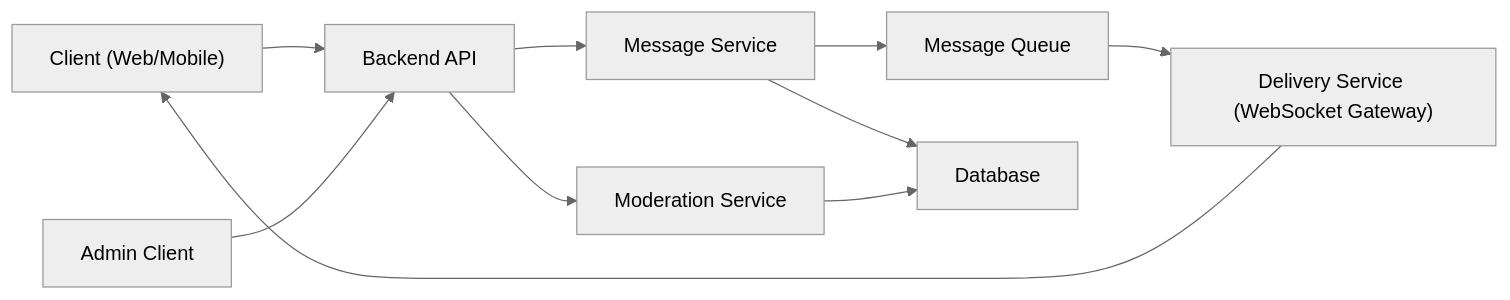
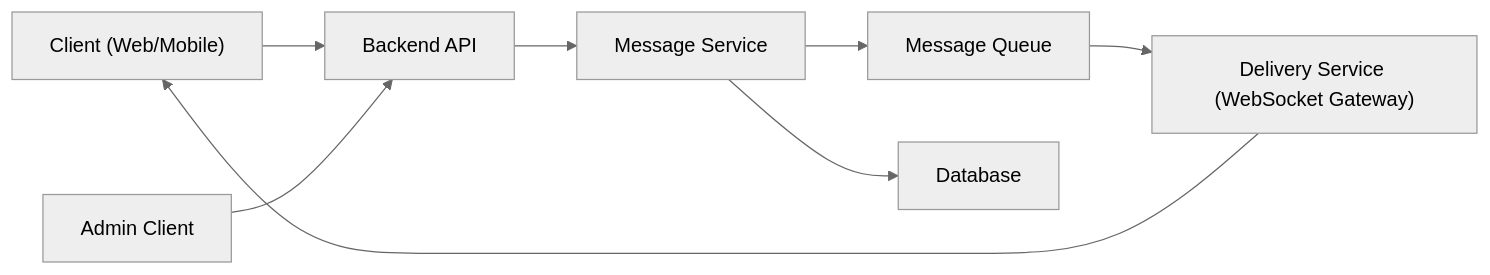
One commit to HoatzinDev/Messenger-Maks1 changed the first of 4 diagrams in Messenger-Maks1  /doc.md. Above: the diagram before and after it, drawn with Mermaid (neutral theme).

````diff
--- a/Messenger-Maks1  /doc.md
+++ b/Messenger-Maks1  /doc.md
@@ -93,27 +93,26 @@
 ```mermaid
 flowchart LR
 
 Client["Client (Web/Mobile)"]
 AdminClient["Admin Client"]
 
 API["Backend API"]
 MessageService["Message Service"]
-ModerationService["Moderation Service"]
+
 
 Queue["Message Queue"]
 Delivery["Delivery Service (WebSocket Gateway)"]
 
 DB["Database"]
 
 Client --> API
 API --> MessageService
 MessageService --> DB
 MessageService --> Queue
 Queue --> Delivery
 Delivery --> Client
 
 AdminClient --> API
-API --> ModerationService
-ModerationService --> DB
+
 
 ```
````
